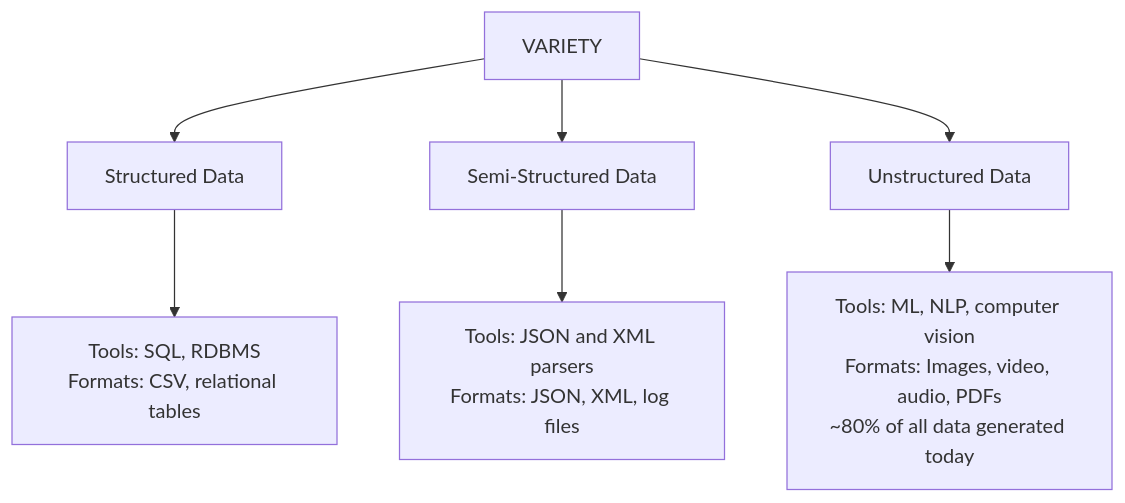
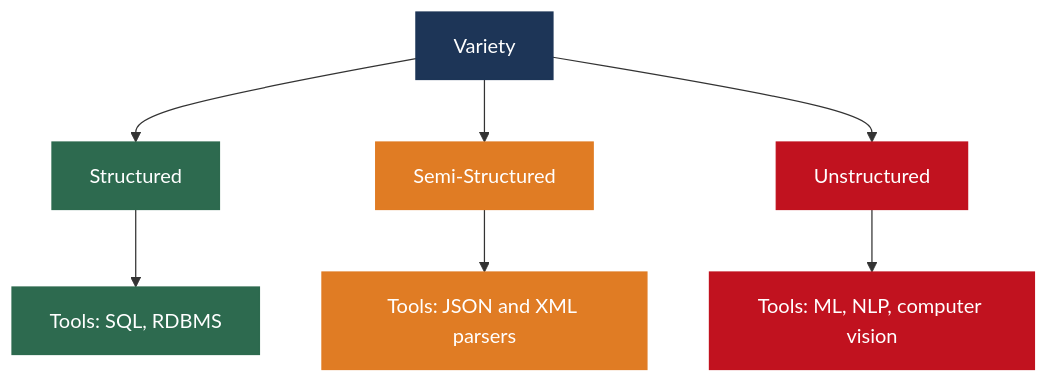
Before and after one commit to MuhammadTahaNasir/Big-Data-Analytics-Notes: the fifth of 9 diagrams in Week1/Lecture1_BigData_Fundamentals.md, drawn with Mermaid. The commit also changed other lines of this file, not shown here.

First line of the commit message:
Add Week 1 lecture notes on Big Data fundamentals

````diff
--- a/Week1/Lecture1_BigData_Fundamentals.md
+++ b/Week1/Lecture1_BigData_Fundamentals.md
@@ -165,10 +169,18 @@
 ```mermaid
 flowchart TD
-    V["VARIETY"] --> S["Structured Data"]
-    V --> SS["Semi-Structured Data"]
-    V --> U["Unstructured Data"]
+    V[Variety] --> S[Structured]
+    V --> SS[Semi-Structured]
+    V --> U[Unstructured]
 
-    S --> ST["Tools: SQL, RDBMS\nFormats: CSV, relational tables"]
-    SS --> SST["Tools: JSON and XML parsers\nFormats: JSON, XML, log files"]
-    U --> UT["Tools: ML, NLP, computer vision\nFormats: Images, video, audio, PDFs\n~80% of all data generated today"]
+    S --> ST[Tools: SQL, RDBMS]
+    SS --> SST[Tools: JSON and XML parsers]
+    U --> UT[Tools: ML, NLP, computer vision]
+
+    style V fill:#1d3557,color:#fff,stroke:#1d3557
+    style S fill:#2d6a4f,color:#fff,stroke:#2d6a4f
+    style SS fill:#e07c24,color:#fff,stroke:#e07c24
+    style U fill:#c1121f,color:#fff,stroke:#c1121f
+    style ST fill:#2d6a4f,color:#fff,stroke:#2d6a4f
+    style SST fill:#e07c24,color:#fff,stroke:#e07c24
+    style UT fill:#c1121f,color:#fff,stroke:#c1121f
 ```
````
